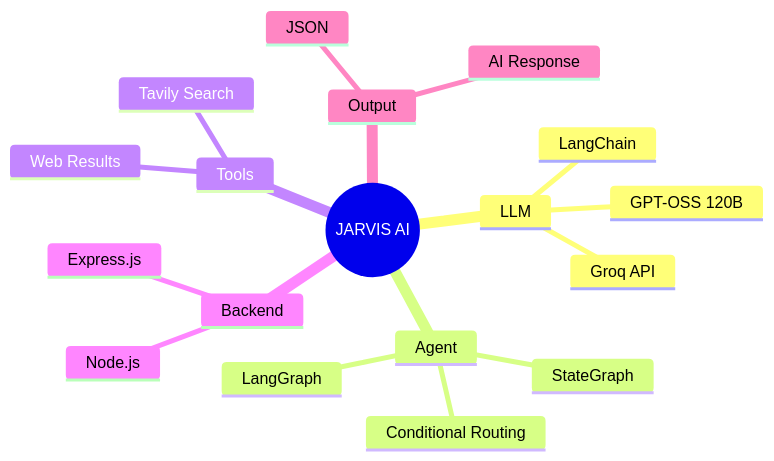
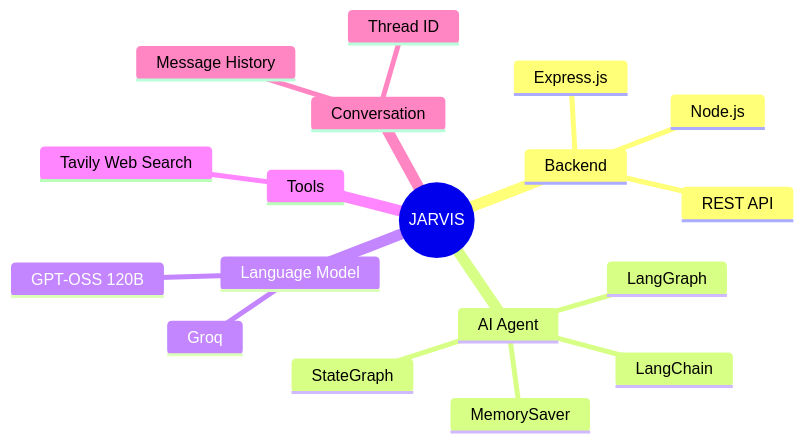
Before and after one commit to PRINCE-TIWARI07/LLM-Langchain-LangGraph-WebSearchTool-: the first of 3 diagrams in README.md, drawn with Mermaid. The commit also changed other lines of this file and 1 other file, not shown here.

Commit message:
Add LangGraph memory and update README

````diff
--- a/README.md
+++ b/README.md
@@ -7,21 +7,21 @@
 ```mermaid
 mindmap
-  root((JARVIS AI))
-    LLM
-      Groq API
-      GPT-OSS 120B
-      LangChain
-    Agent
-      LangGraph
-      StateGraph
-      Conditional Routing
-    Tools
-      Tavily Search
-      Web Results
+  root((JARVIS))
     Backend
       Node.js
       Express.js
-    Output
-      AI Response
-      JSON
+      REST API
+    AI Agent
+      LangChain
+      LangGraph
+      StateGraph
+      MemorySaver
+    Language Model
+      Groq
+      GPT-OSS 120B
+    Tools
+      Tavily Web Search
+    Conversation
+      Thread ID
+      Message History
 ```
````
